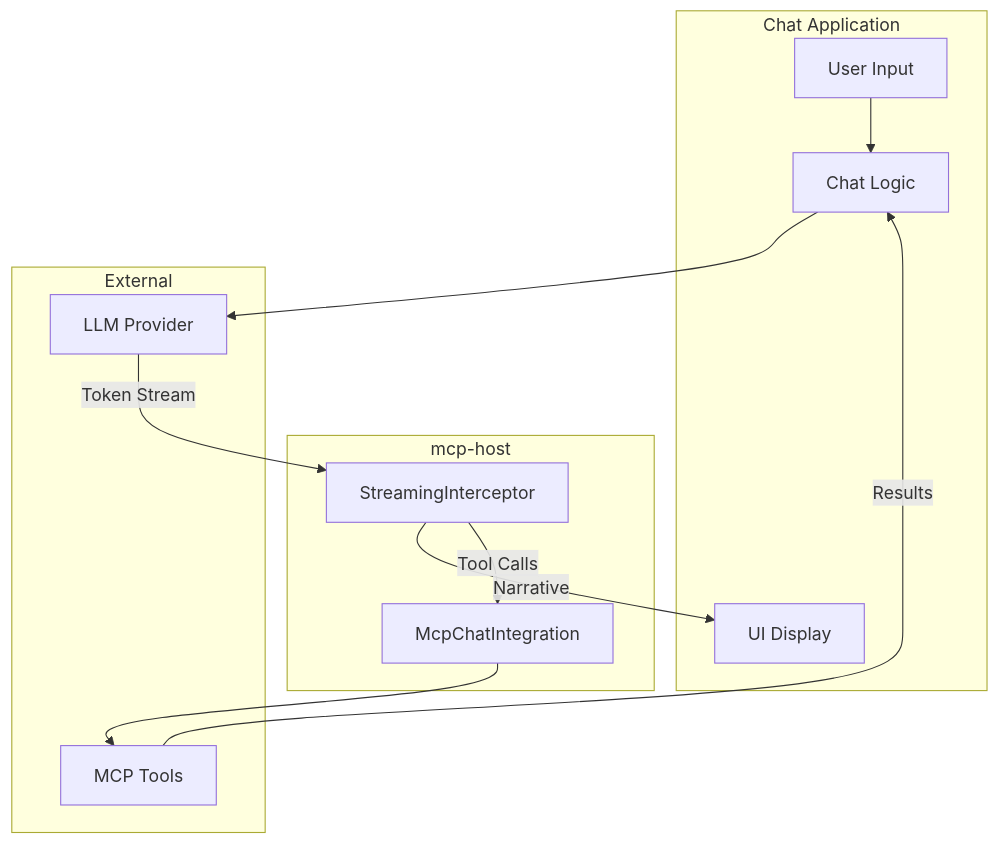
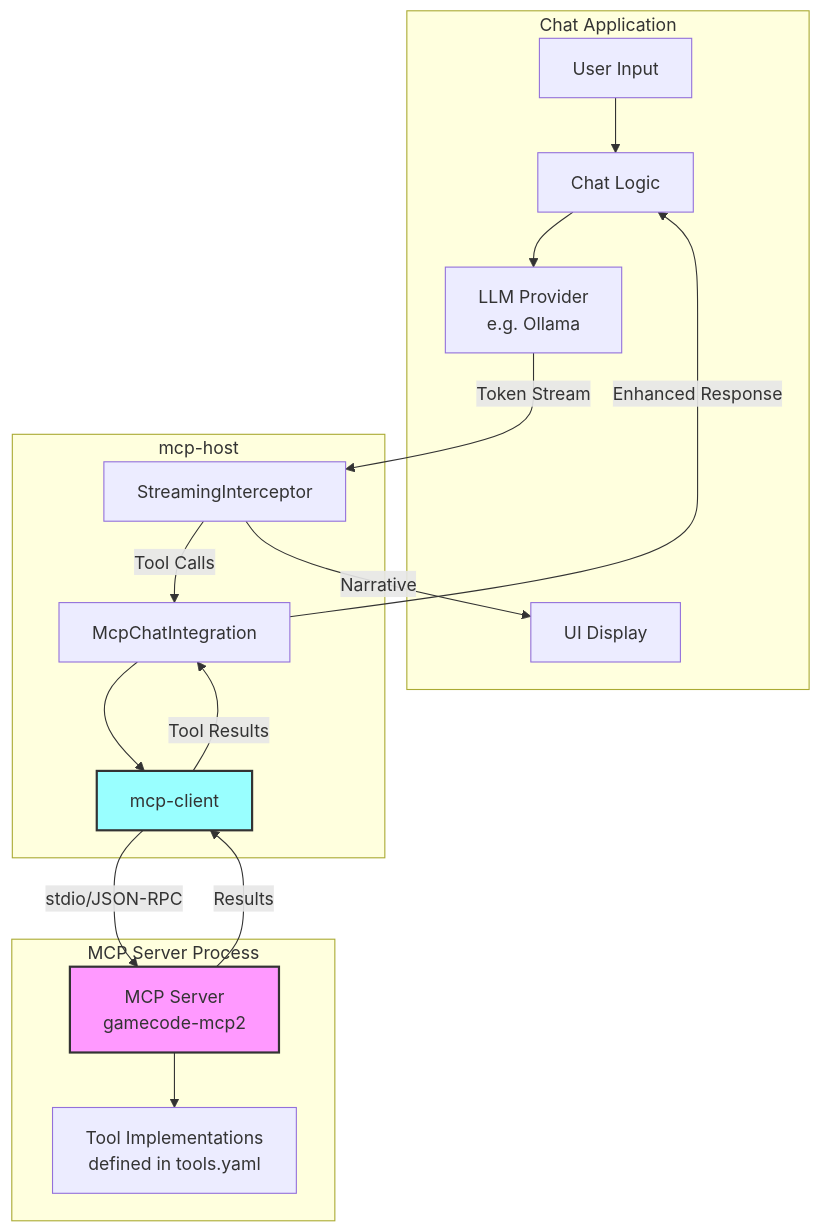
Before and after one commit to navicore/gamecode-mcp2: the first of 2 diagrams in mcp-host/README.md, drawn with Mermaid. The commit also changed other lines of this file and 1 other file, not shown here.

Commit message:
streaming

````diff
--- a/mcp-host/README.md
+++ b/mcp-host/README.md
@@ -20,27 +27,36 @@
 ```mermaid
 graph TB
     subgraph "Chat Application"
         USER[User Input]
         UI[UI Display]
         CHAT[Chat Logic]
+        LLM[LLM Provider<br/>e.g. Ollama]
     end
     
     subgraph "mcp-host"
         MCP[McpChatIntegration]
         SI[StreamingInterceptor]
-        
-        SI --> |Narrative| UI
-        SI --> |Tool Calls| MCP
+        CLIENT[mcp-client]
     end
     
-    subgraph "External"
-        LLM[LLM Provider]
-        TOOLS[MCP Tools]
+    subgraph "MCP Server Process"
+        SERVER[MCP Server<br/>gamecode-mcp2]
+        TOOLS[Tool Implementations<br/>defined in tools.yaml]
+        
+        SERVER --> TOOLS
     end
     
     USER --> CHAT
     CHAT --> LLM
     LLM --> |Token Stream| SI
-    MCP --> TOOLS
-    TOOLS --> |Results| CHAT
+    SI --> |Narrative| UI
+    SI --> |Tool Calls| MCP
+    MCP --> CLIENT
+    CLIENT --> |stdio/JSON-RPC| SERVER
+    SERVER --> |Results| CLIENT
+    CLIENT --> |Tool Results| MCP
+    MCP --> |Enhanced Response| CHAT
+    
+    style SERVER fill:#f9f,stroke:#333,stroke-width:2px
+    style CLIENT fill:#9ff,stroke:#333,stroke-width:2px
 ```
````
